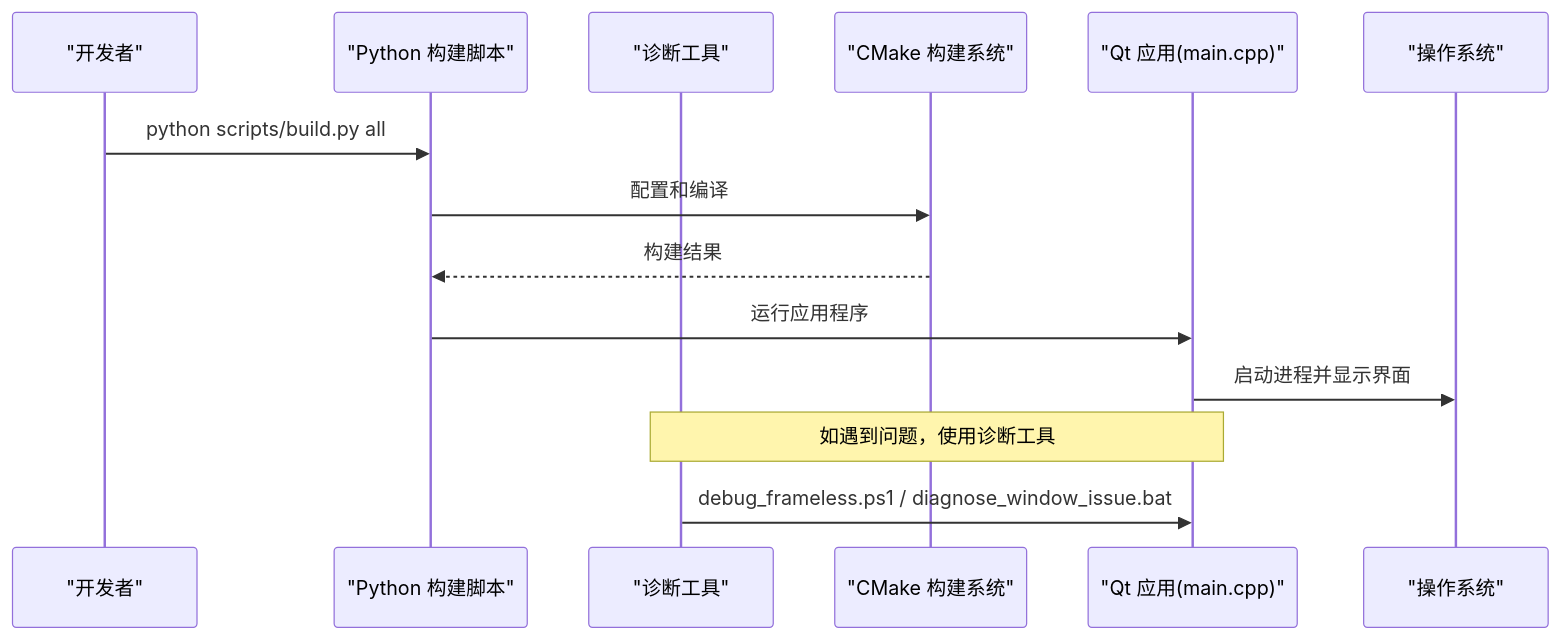
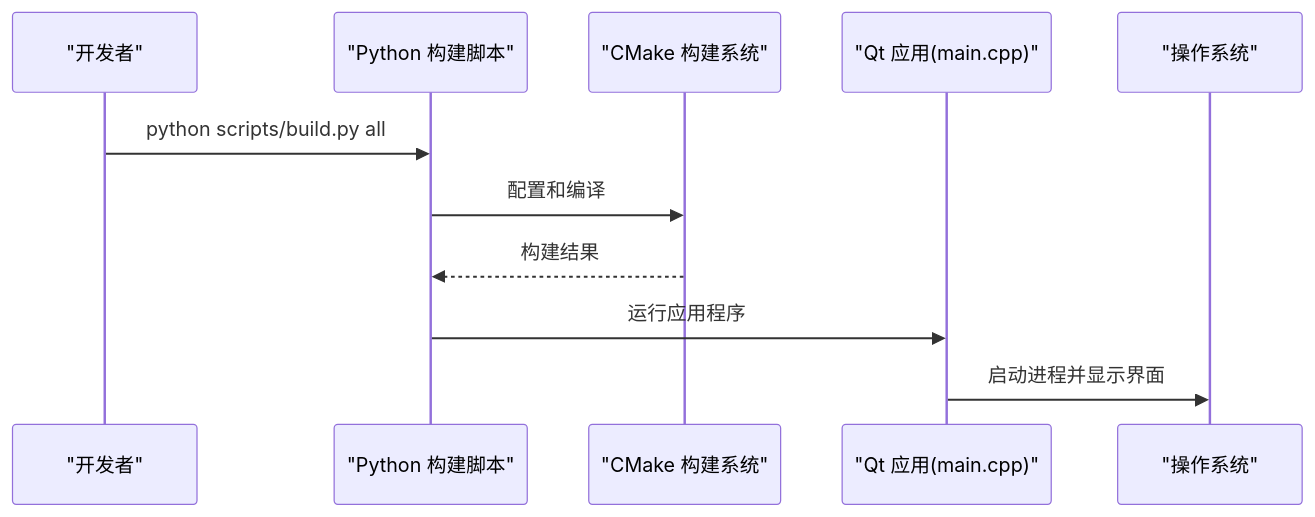
One commit to jakecai1225-design/OpenBus changed the second of 3 diagrams in .qoder/repowiki/zh/content/开发指南/开发工作流.md. Above: the diagram before and after it, drawn with Mermaid. The commit also changed other lines of this file and 11 other files, not shown here.

````diff
--- a/.qoder/repowiki/zh/content/开发指南/开发工作流.md
+++ b/.qoder/repowiki/zh/content/开发指南/开发工作流.md
@@ -99,16 +84,13 @@
 ```mermaid
 sequenceDiagram
 participant Dev as "开发者"
 participant Build as "Python 构建脚本"
-participant Tools as "诊断工具"
 participant CMake as "CMake 构建系统"
 participant App as "Qt 应用(main.cpp)"
 participant OS as "操作系统"
 Dev->>Build : python scripts/build.py all
 Build->>CMake : 配置和编译
 CMake-->>Build : 构建结果
 Build->>App : 运行应用程序
 App->>OS : 启动进程并显示界面
-Note over Tools,App : 如遇到问题，使用诊断工具
-Tools->>App : debug_frameless.ps1 / diagnose_window_issue.bat
 ```
````
